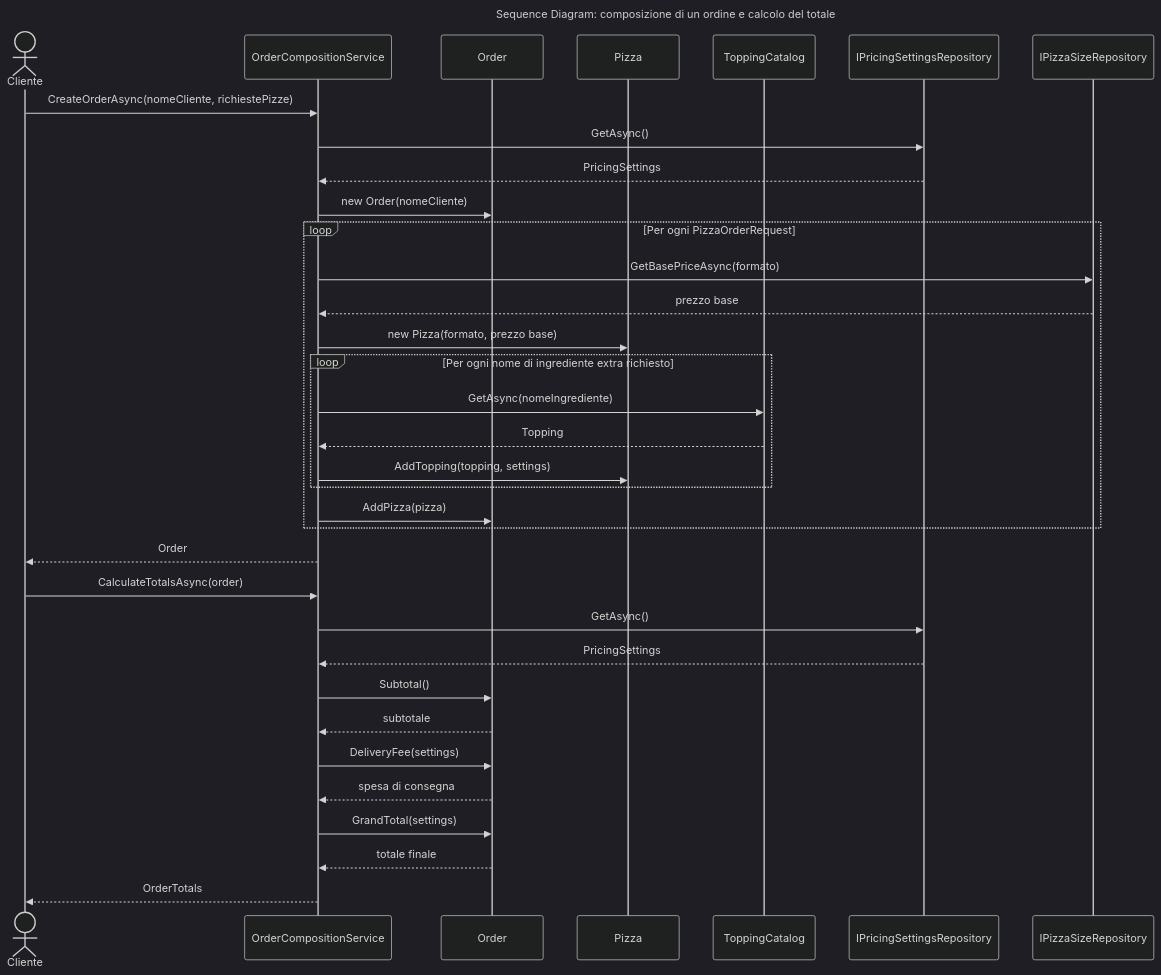
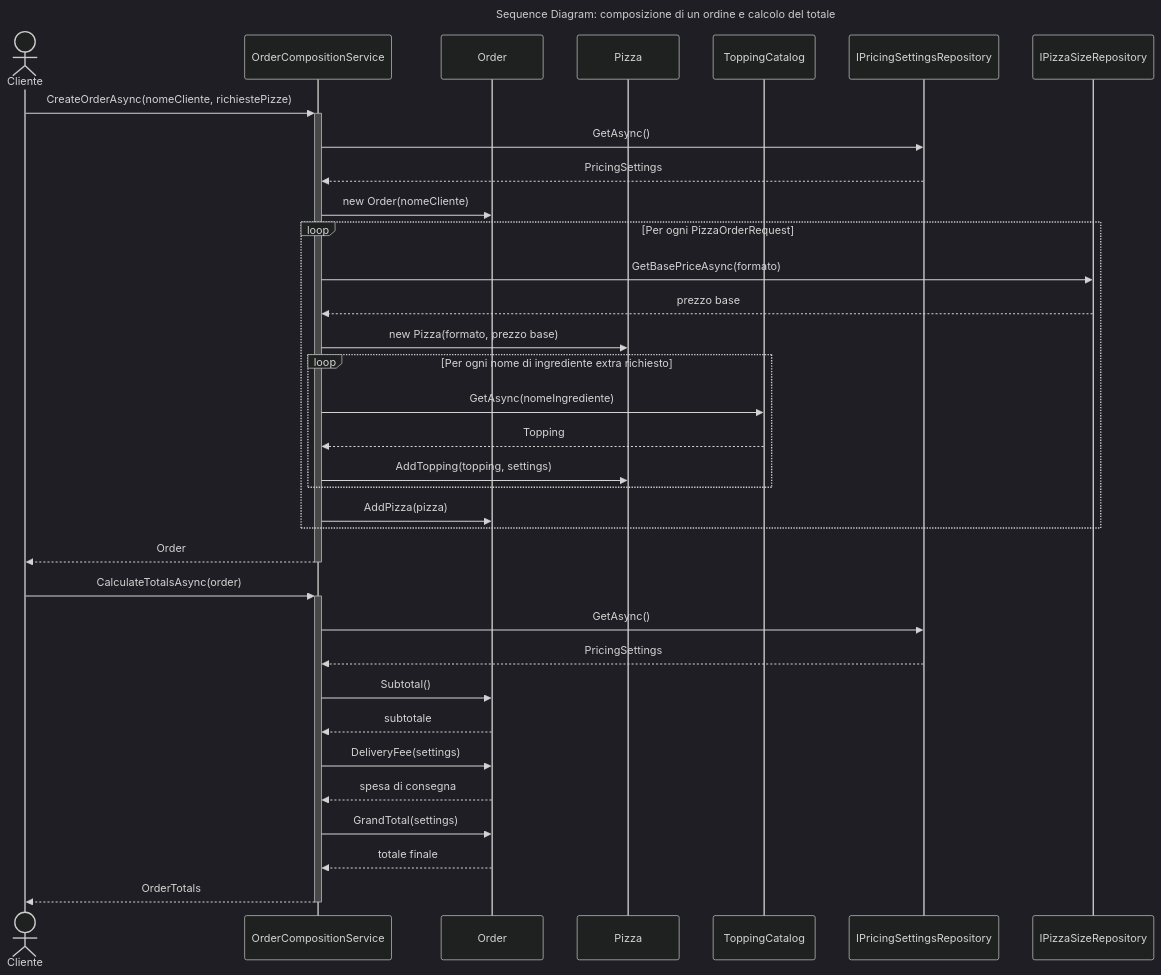
Before and after one commit to Timon-code95/PizzaShop: the diagram in docs/c4-model/05-sequence-diagram.md, drawn with Mermaid (dark theme). The commit also changed other lines of this file, not shown here.

Commit message:
Aggiungi un activation bar

````diff
--- a/docs/c4-model/05-sequence-diagram.md
+++ b/docs/c4-model/05-sequence-diagram.md
@@ -12,44 +12,44 @@
 ```mermaid
 ---
 title: "Sequence Diagram: composizione di un ordine e calcolo del totale"
 ---
 sequenceDiagram
 	actor Cliente
 	participant OrderCompositionService
 	participant Order
 	participant Pizza
 	participant ToppingCatalog
 	participant PricingSettingsRepository as IPricingSettingsRepository
 	participant PizzaSizeRepository as IPizzaSizeRepository
 
-	Cliente->>OrderCompositionService: CreateOrderAsync(nomeCliente, richiestePizze)
+	Cliente->>+OrderCompositionService: CreateOrderAsync(nomeCliente, richiestePizze)
 	OrderCompositionService->>PricingSettingsRepository: GetAsync()
 	PricingSettingsRepository-->>OrderCompositionService: PricingSettings
 	OrderCompositionService->>Order: new Order(nomeCliente)
 
 	loop Per ogni PizzaOrderRequest
 		OrderCompositionService->>PizzaSizeRepository: GetBasePriceAsync(formato)
 		PizzaSizeRepository-->>OrderCompositionService: prezzo base
 		OrderCompositionService->>Pizza: new Pizza(formato, prezzo base)
 		loop Per ogni nome di ingrediente extra richiesto
 			OrderCompositionService->>ToppingCatalog: GetAsync(nomeIngrediente)
 			ToppingCatalog-->>OrderCompositionService: Topping
 			OrderCompositionService->>Pizza: AddTopping(topping, settings)
 		end
 		OrderCompositionService->>Order: AddPizza(pizza)
 	end
 
-	OrderCompositionService-->>Cliente: Order
+	OrderCompositionService-->>-Cliente: Order
 
-	Cliente->>OrderCompositionService: CalculateTotalsAsync(order)
+	Cliente->>+OrderCompositionService: CalculateTotalsAsync(order)
 	OrderCompositionService->>PricingSettingsRepository: GetAsync()
 	PricingSettingsRepository-->>OrderCompositionService: PricingSettings
 	OrderCompositionService->>Order: Subtotal()
 	Order-->>OrderCompositionService: subtotale
 	OrderCompositionService->>Order: DeliveryFee(settings)
 	Order-->>OrderCompositionService: spesa di consegna
 	OrderCompositionService->>Order: GrandTotal(settings)
 	Order-->>OrderCompositionService: totale finale
 
-	OrderCompositionService-->>Cliente: OrderTotals
+	OrderCompositionService-->>-Cliente: OrderTotals
 ```
````
